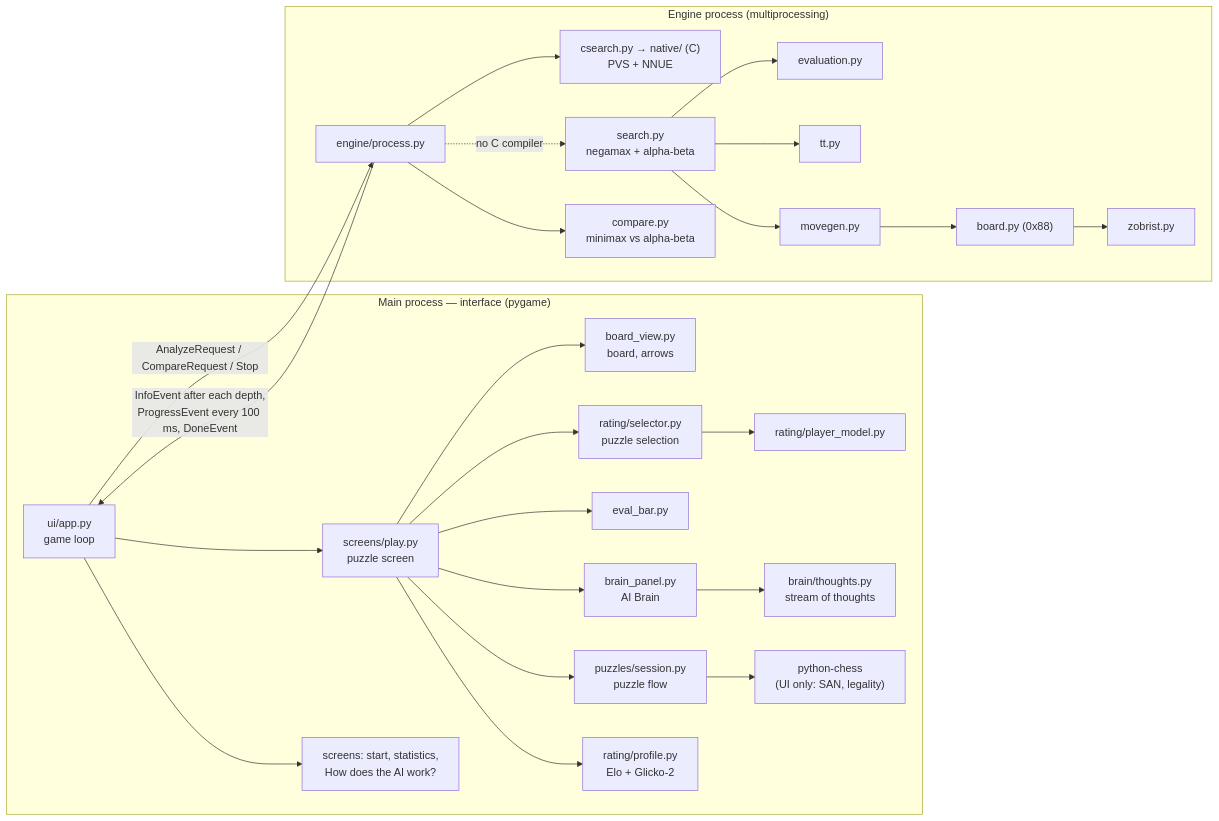
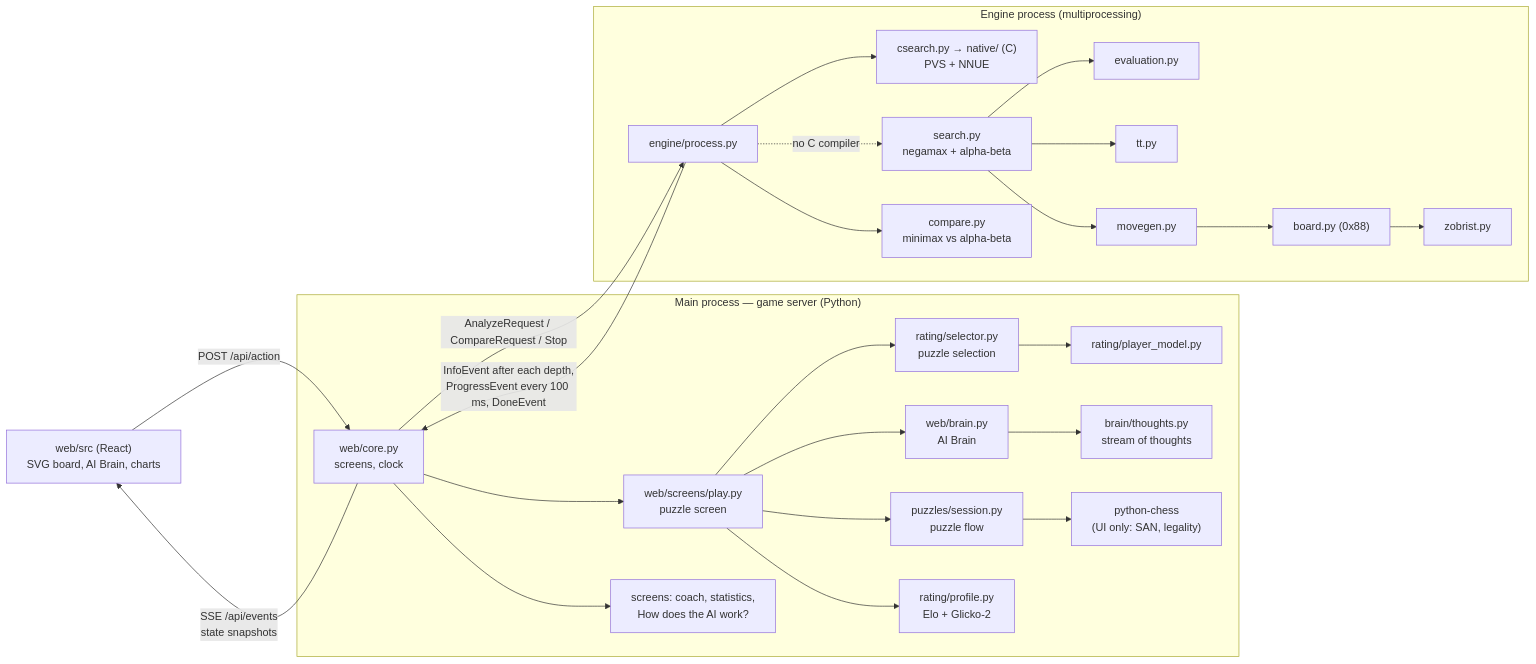
One commit to Snolfed/tacticmind changed the first of 2 diagrams in README.md. Above: the diagram before and after it, drawn with Mermaid. The commit also changed other lines of this file and 83 other files, not shown here.

First line of the commit message:
Game review, puzzle modes (theme, review, Puzzle Rush), CI, and removal of the pygame interface (#6)

````diff
--- a/README.md
+++ b/README.md
@@ -299,28 +310,28 @@
 ```mermaid
 flowchart LR
-    subgraph UI["Main process — interface (pygame)"]
-        App["ui/app.py<br/>game loop"] --> Play["screens/play.py<br/>puzzle screen"]
-        App --> Other["screens: start, statistics,<br/>How does the AI work?"]
-        Play --> BoardView["board_view.py<br/>board, arrows"]
-        Play --> Brain["brain_panel.py<br/>AI Brain"]
-        Play --> EvalBar["eval_bar.py"]
+    Browser["web/src (React)<br/>SVG board, AI Brain, charts"] -- "POST /api/action" --> App
+    App -- "SSE /api/events<br/>state snapshots" --> Browser
+    subgraph UI["Main process — game server (Python)"]
+        App["web/core.py<br/>screens, clock"] --> Play["web/screens/play.py<br/>puzzle screen"]
+        App --> Other["screens: coach, statistics,<br/>How does the AI work?"]
+        Play --> Brain["web/brain.py<br/>AI Brain"]
         Play --> Session["puzzles/session.py<br/>puzzle flow"]
         Play --> Selector["rating/selector.py<br/>puzzle selection"]
         Selector --> Model["rating/player_model.py"]
         Play --> Profile["rating/profile.py<br/>Elo + Glicko-2"]
         Brain --> Thoughts["brain/thoughts.py<br/>stream of thoughts"]
         Session --> PyChess["python-chess<br/>(UI only: SAN, legality)"]
     end
     subgraph ENG["Engine process (multiprocessing)"]
         Proc["engine/process.py"] --> CSearch["csearch.py → native/ (C)<br/>PVS + NNUE"]
         Proc -. "no C compiler" .-> Search["search.py<br/>negamax + alpha-beta"]
         Proc --> Compare["compare.py<br/>minimax vs alpha-beta"]
         Search --> Eval["evaluation.py"]
         Search --> TT["tt.py"]
         Search --> MoveGen["movegen.py"]
         MoveGen --> Board["board.py (0x88)"]
         Board --> Zobrist["zobrist.py"]
     end
     App -- "AnalyzeRequest / CompareRequest / Stop" --> Proc
     Proc -- "InfoEvent after each depth,<br/>ProgressEvent every 100 ms, DoneEvent" --> App
 ```
````
